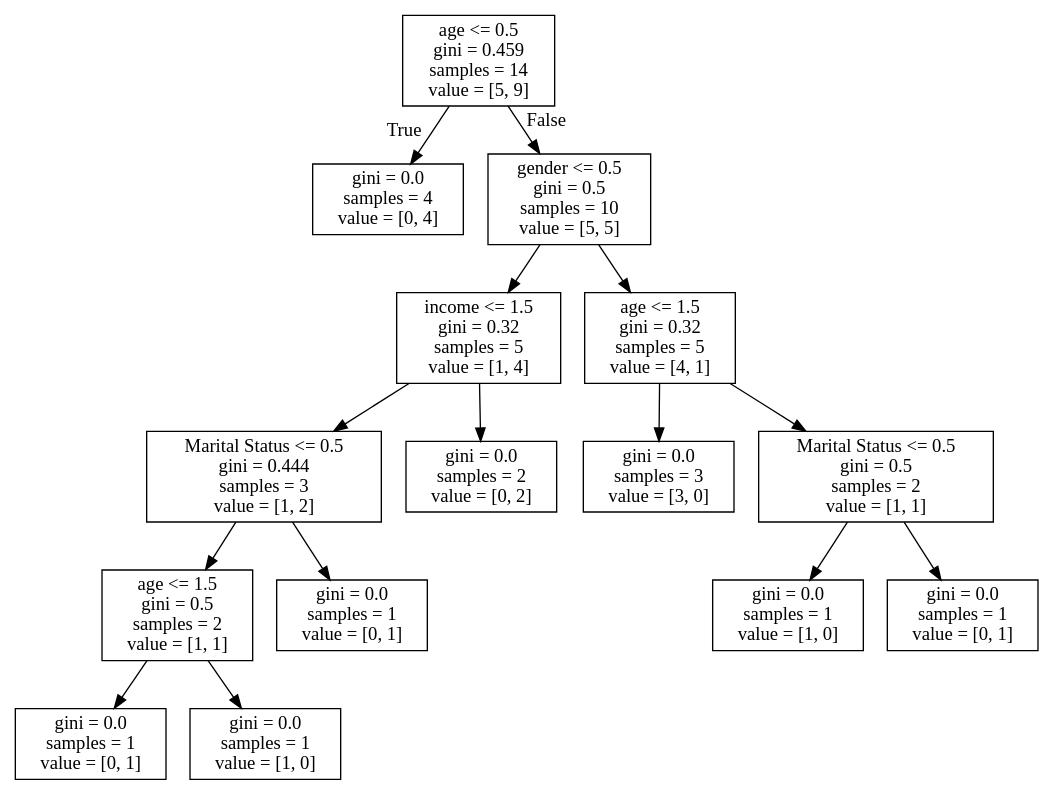
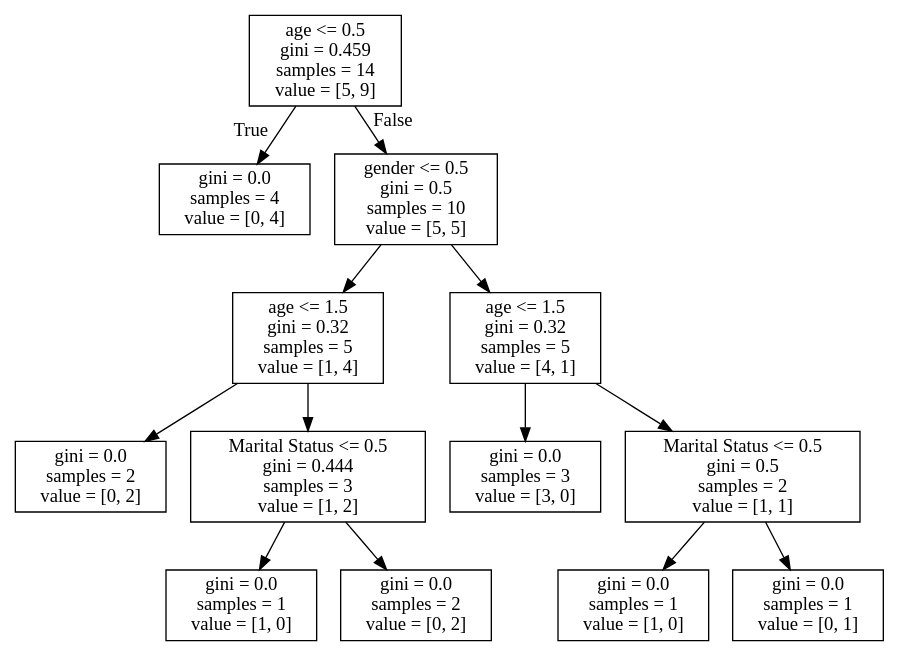
One commit to ayushbansal323/BE changed the diagram in LP3/2nd assignment/Dtree.dot. Above: the diagram before and after it, drawn with Graphviz. The commit also changed 3 other files, not shown here.

```diff
--- a/LP3/2nd assignment/Dtree.dot
+++ b/LP3/2nd assignment/Dtree.dot
@@ -1,32 +1,28 @@
 digraph Tree {
 node [shape=box] ;
 0 [label="age <= 0.5\ngini = 0.459\nsamples = 14\nvalue = [5, 9]"] ;
 1 [label="gini = 0.0\nsamples = 4\nvalue = [0, 4]"] ;
 0 -> 1 [labeldistance=2.5, labelangle=45, headlabel="True"] ;
 2 [label="gender <= 0.5\ngini = 0.5\nsamples = 10\nvalue = [5, 5]"] ;
 0 -> 2 [labeldistance=2.5, labelangle=-45, headlabel="False"] ;
-3 [label="income <= 1.5\ngini = 0.32\nsamples = 5\nvalue = [1, 4]"] ;
+3 [label="age <= 1.5\ngini = 0.32\nsamples = 5\nvalue = [1, 4]"] ;
 2 -> 3 ;
-4 [label="Marital Status <= 0.5\ngini = 0.444\nsamples = 3\nvalue = [1, 2]"] ;
+4 [label="gini = 0.0\nsamples = 2\nvalue = [0, 2]"] ;
 3 -> 4 ;
-5 [label="age <= 1.5\ngini = 0.5\nsamples = 2\nvalue = [1, 1]"] ;
-4 -> 5 ;
-6 [label="gini = 0.0\nsamples = 1\nvalue = [0, 1]"] ;
+5 [label="Marital Status <= 0.5\ngini = 0.444\nsamples = 3\nvalue = [1, 2]"] ;
+3 -> 5 ;
+6 [label="gini = 0.0\nsamples = 1\nvalue = [1, 0]"] ;
 5 -> 6 ;
-7 [label="gini = 0.0\nsamples = 1\nvalue = [1, 0]"] ;
+7 [label="gini = 0.0\nsamples = 2\nvalue = [0, 2]"] ;
 5 -> 7 ;
-8 [label="gini = 0.0\nsamples = 1\nvalue = [0, 1]"] ;
-4 -> 8 ;
-9 [label="gini = 0.0\nsamples = 2\nvalue = [0, 2]"] ;
-3 -> 9 ;
-10 [label="age <= 1.5\ngini = 0.32\nsamples = 5\nvalue = [4, 1]"] ;
-2 -> 10 ;
-11 [label="gini = 0.0\nsamples = 3\nvalue = [3, 0]"] ;
+8 [label="age <= 1.5\ngini = 0.32\nsamples = 5\nvalue = [4, 1]"] ;
+2 -> 8 ;
+9 [label="gini = 0.0\nsamples = 3\nvalue = [3, 0]"] ;
+8 -> 9 ;
+10 [label="Marital Status <= 0.5\ngini = 0.5\nsamples = 2\nvalue = [1, 1]"] ;
+8 -> 10 ;
+11 [label="gini = 0.0\nsamples = 1\nvalue = [1, 0]"] ;
 10 -> 11 ;
-12 [label="Marital Status <= 0.5\ngini = 0.5\nsamples = 2\nvalue = [1, 1]"] ;
+12 [label="gini = 0.0\nsamples = 1\nvalue = [0, 1]"] ;
 10 -> 12 ;
-13 [label="gini = 0.0\nsamples = 1\nvalue = [1, 0]"] ;
-12 -> 13 ;
-14 [label="gini = 0.0\nsamples = 1\nvalue = [0, 1]"] ;
-12 -> 14 ;
 }
```
